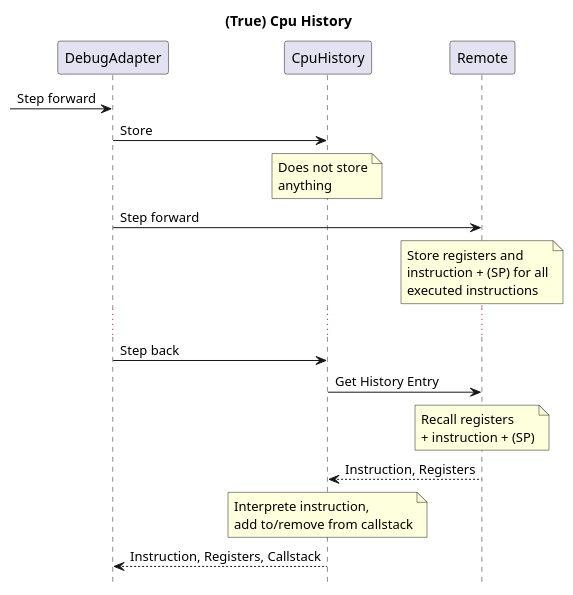
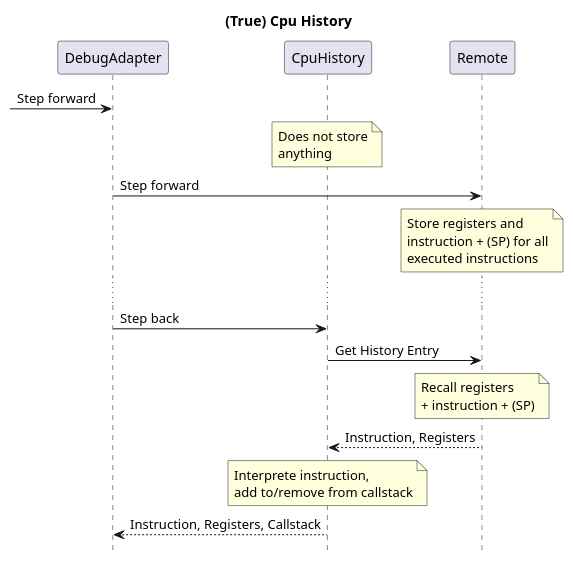
Before and after one commit to maziac/DeZog: the second of 4 diagrams in design/reversedebugging.md, drawn with PlantUML. The commit also changed other lines of this file and 2 other files, not shown here.

````diff
--- a/design/reversedebugging.md
+++ b/design/reversedebugging.md
@@ -60,20 +44,19 @@
 ```puml
 hide footbox
 title (True) Cpu History
 
 participant DebugAdapter
 participant CpuHistory
 
 -> DebugAdapter: Step forward
-DebugAdapter -> CpuHistory: Store
 note over CpuHistory: Does not store\nanything
 DebugAdapter -> Remote: Step forward
 note over Remote: Store registers and \ninstruction + (SP) for all\nexecuted instructions
 ...
 DebugAdapter -> CpuHistory: Step back
 CpuHistory -> Remote: Get History Entry
 note over Remote: Recall registers\n+ instruction + (SP)
 CpuHistory <-- Remote: Instruction, Registers
 note over CpuHistory: Interprete instruction,\nadd to/remove from callstack
 DebugAdapter <-- CpuHistory: Instruction, Registers, Callstack
 ```
````
